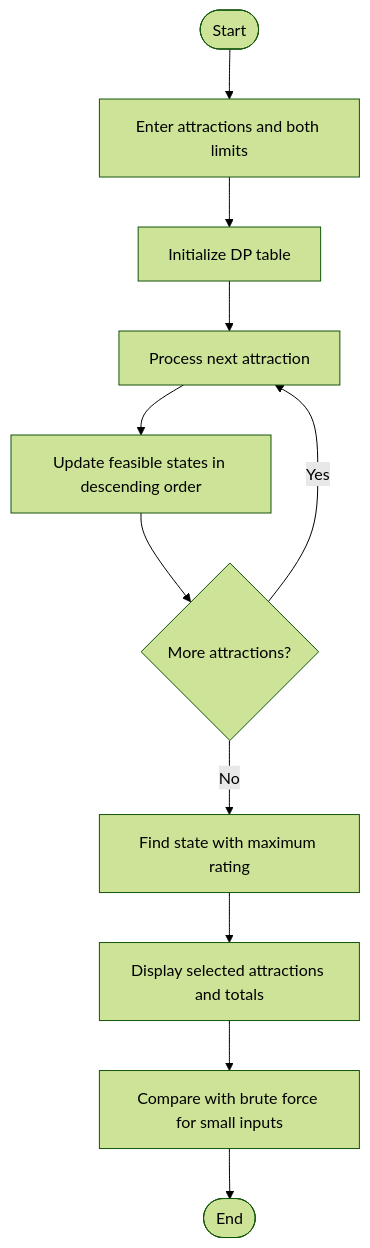
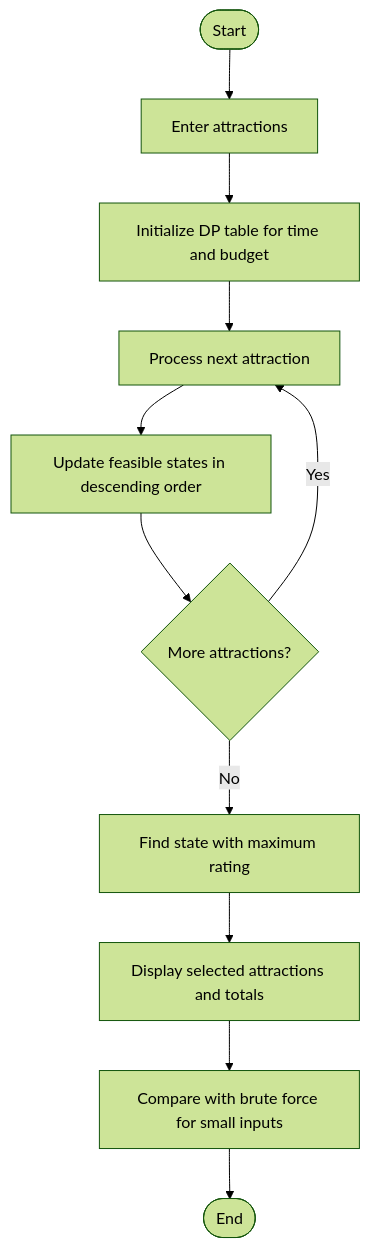
One commit to deepu-nik/MazeSolver changed the diagram in TripWise/PROJECT-REPORT.md. Above: the diagram before and after it, drawn with Mermaid (forest theme). The commit also changed other lines of this file, not shown here.

````diff
--- a/TripWise/PROJECT-REPORT.md
+++ b/TripWise/PROJECT-REPORT.md
@@ -36,13 +37,13 @@
 ```mermaid
 flowchart TD
- A([Start]) --> B[Enter attractions and both limits]
- B --> C[Initialize DP table]
+ A([Start]) --> B[Enter attractions]
+ B --> C[Initialize DP table for time and budget]
  C --> D[Process next attraction]
  D --> E[Update feasible states in descending order]
  E --> F{More attractions?}
  F -- Yes --> D
  F -- No --> G[Find state with maximum rating]
  G --> H[Display selected attractions and totals]
  H --> I[Compare with brute force for small inputs]
  I --> J([End])
 ```
````
